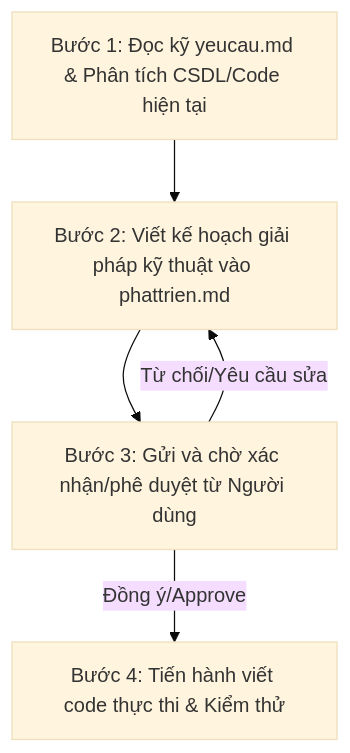
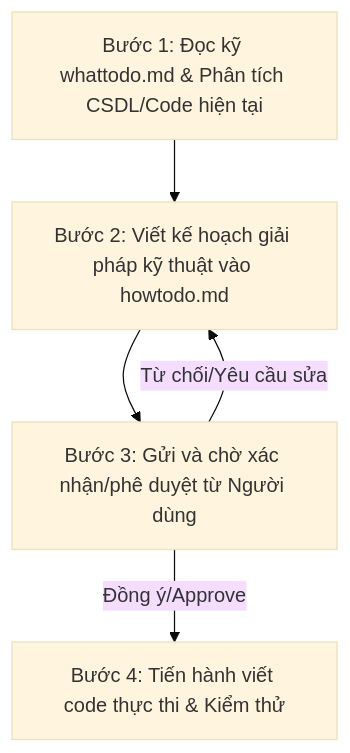
The third of 3 diagrams in TreeOfThought/docs/arch/howtodo.md (badpaybad/a.i-assistant-chatbot-telegram-serverles), drawn with Mermaid (base theme) before and after one commit. The commit also changed other lines of this file and 41 other files, not shown here.

Commit message:
yeucau.md -> whattodo.md phattrien.md -> howtodo.md

````diff
--- a/TreeOfThought/docs/arch/howtodo.md
+++ b/TreeOfThought/docs/arch/howtodo.md
@@ -314,7 +314,7 @@
 ```mermaid
 graph TD
-    Step1[Bước 1: Đọc kỹ yeucau.md & Phân tích CSDL/Code hiện tại] --> Step2[Bước 2: Viết kế hoạch giải pháp kỹ thuật vào phattrien.md]
+    Step1[Bước 1: Đọc kỹ whattodo.md & Phân tích CSDL/Code hiện tại] --> Step2[Bước 2: Viết kế hoạch giải pháp kỹ thuật vào howtodo.md]
     Step2 --> Step3[Bước 3: Gửi và chờ xác nhận/phê duyệt từ Người dùng]
     Step3 -->|Đồng ý/Approve| Step4[Bước 4: Tiến hành viết code thực thi & Kiểm thử]
     Step3 -->|Từ chối/Yêu cầu sửa| Step2
 ```
````
